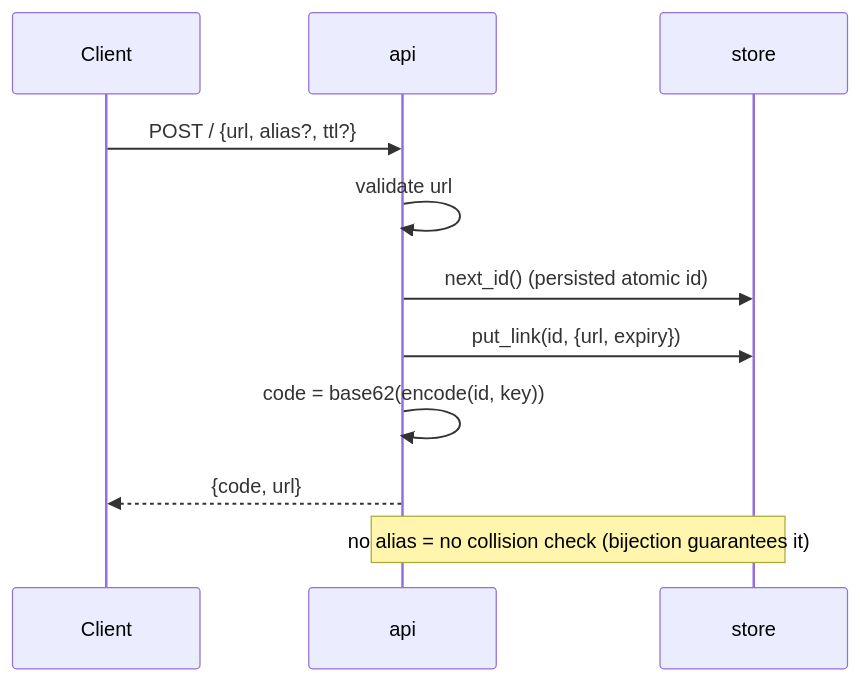
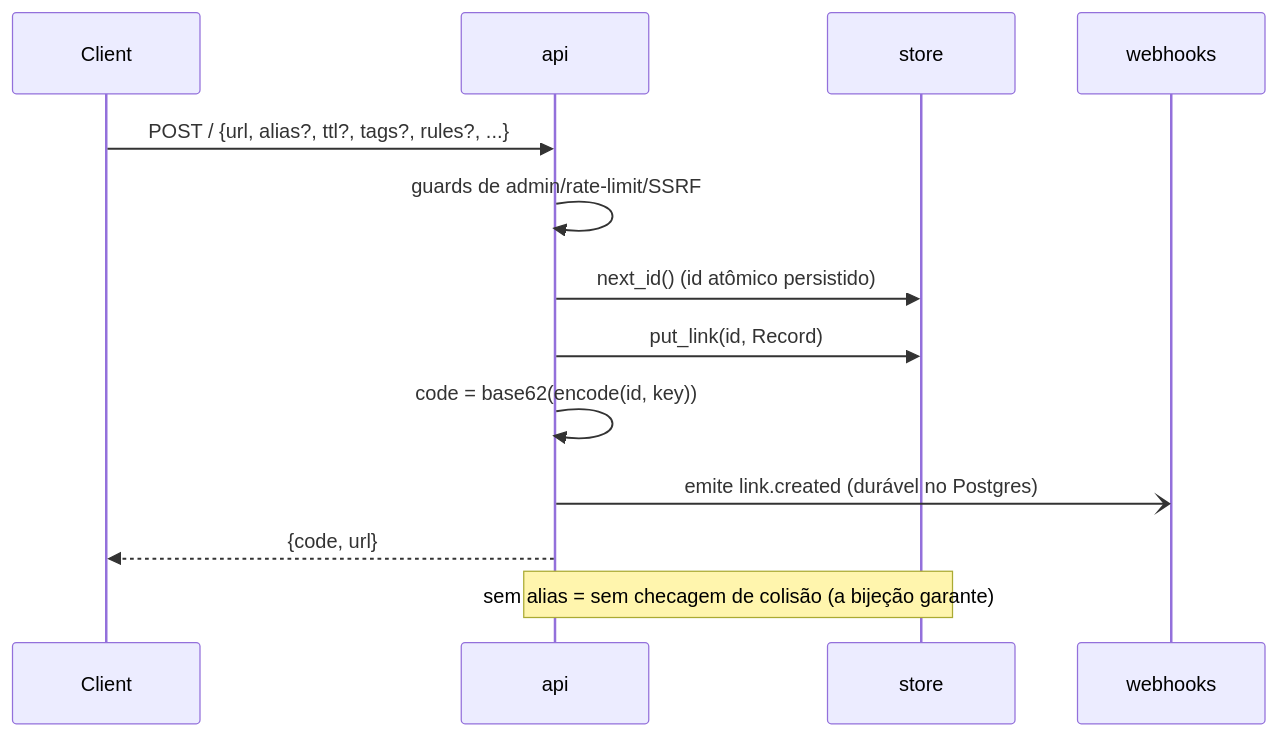
The second of 5 diagrams in docs/ARCHITECTURE.PT_BR.md (lucasolopes/quark), drawn with Mermaid before and after one commit. The commit also changed other lines of this file and 1 other file, not shown here.

First line of the commit message:
docs(architecture): rewrite to final module map, Record, backends, scale layer

````diff
--- a/docs/ARCHITECTURE.PT_BR.md
+++ b/docs/ARCHITECTURE.PT_BR.md
@@ -36,13 +43,15 @@
 ```mermaid
 sequenceDiagram
     participant Cli as Client
     participant Api as api
     participant St as store
-    Cli->>Api: POST / {url, alias?, ttl?}
-    Api->>Api: validate url
-    Api->>St: next_id() (persisted atomic id)
-    Api->>St: put_link(id, {url, expiry})
+    participant Wh as webhooks
+    Cli->>Api: POST / {url, alias?, ttl?, tags?, rules?, ...}
+    Api->>Api: guards de admin/rate-limit/SSRF
+    Api->>St: next_id() (id atômico persistido)
+    Api->>St: put_link(id, Record)
     Api->>Api: code = base62(encode(id, key))
+    Api-)Wh: emite link.created (durável no Postgres)
     Api-->>Cli: {code, url}
-    Note over Api,St: no alias = no collision check (bijection guarantees it)
+    Note over Api,St: sem alias = sem checagem de colisão (a bijeção garante)
 ```
````
